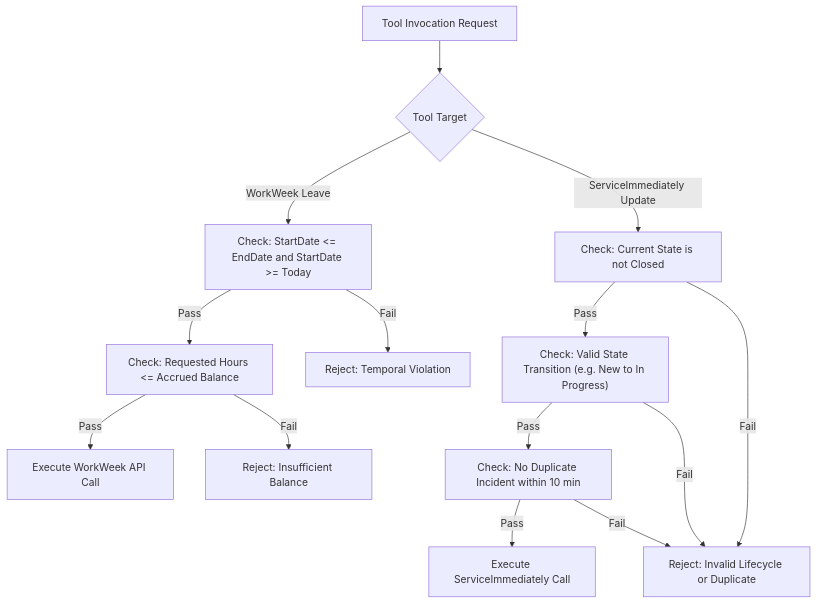
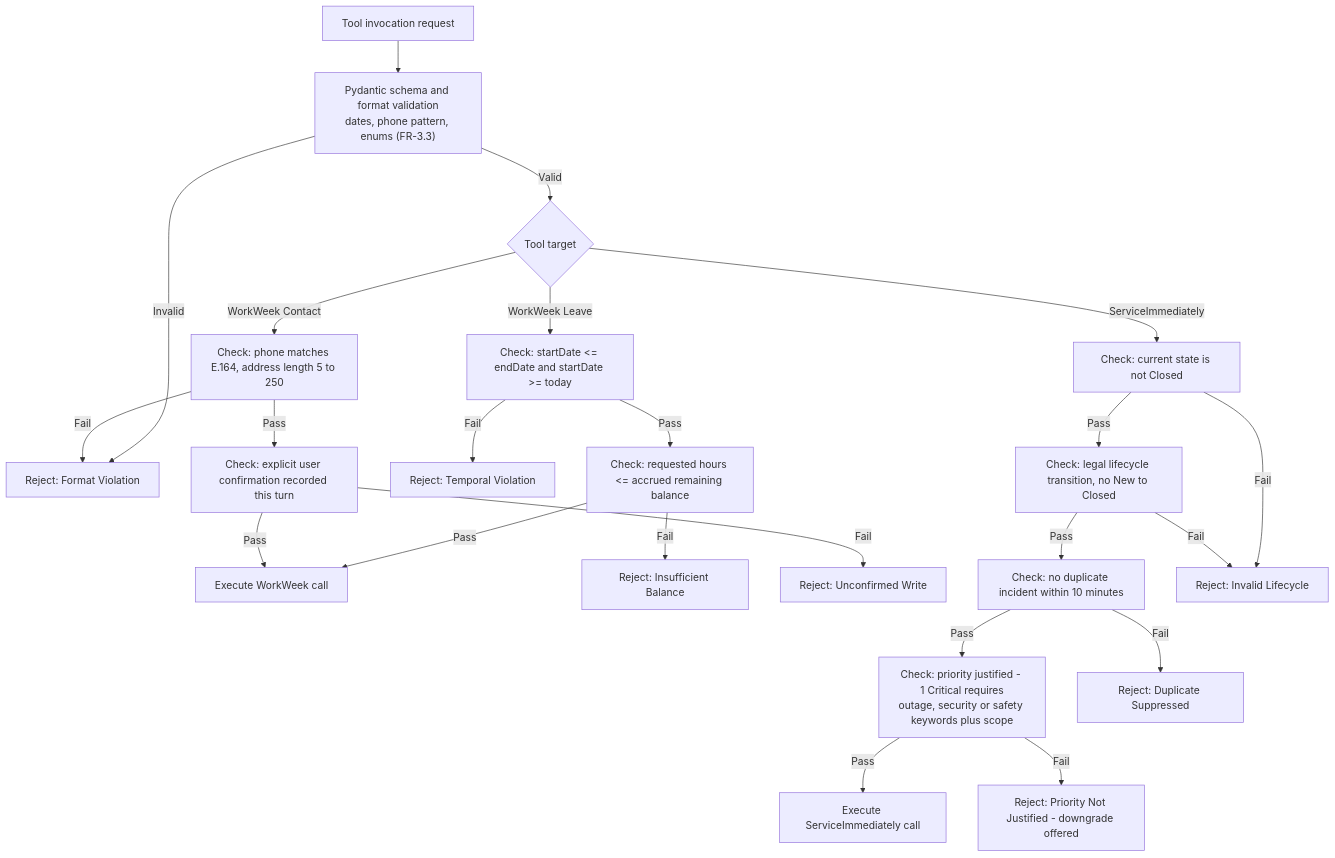
One commit to randyh0329/PRJ-ELEVATE-C1-G5 changed diagram 14 of 19 in Enterprise Agentic Solution Design Document - MVP 1.md. Above: the diagram before and after it, drawn with Mermaid. The commit also changed other lines of this file, not shown here.

````diff
--- a/Enterprise Agentic Solution Design Document - MVP 1.md
+++ b/Enterprise Agentic Solution Design Document - MVP 1.md
@@ -554,18 +1212,28 @@
 ```mermaid
 flowchart TD
-    Req["Tool Invocation Request"] --> CheckType{"Tool Target"}
-    
-    CheckType -->|WorkWeek Leave| C1["Check: StartDate <= EndDate and StartDate >= Today"]
-    C1 -->|Pass| C2["Check: Requested Hours <= Accrued Balance"]
-    C2 -->|Pass| ExecWW["Execute WorkWeek API Call"]
+    Req["Tool invocation request"] --> Schema["Pydantic schema and format validation<br>dates, phone pattern, enums (FR-3.3)"]
+    Schema -->|Invalid| ErrFmt["Reject: Format Violation"]
+    Schema -->|Valid| CheckType{"Tool target"}
+
+    CheckType -->|WorkWeek Leave| C1["Check: startDate <= endDate and startDate >= today"]
+    C1 -->|Pass| C2["Check: requested hours <= accrued remaining balance"]
+    C2 -->|Pass| ExecWW["Execute WorkWeek call"]
     C1 -->|Fail| Err1["Reject: Temporal Violation"]
     C2 -->|Fail| Err2["Reject: Insufficient Balance"]
-    
-    CheckType -->|ServiceImmediately Update| S1["Check: Current State is not Closed"]
-    S1 -->|Pass| S2["Check: Valid State Transition (e.g. New to In Progress)"]
-    S2 -->|Pass| S3["Check: No Duplicate Incident within 10 min"]
-    S3 -->|Pass| ExecSI["Execute ServiceImmediately Call"]
-    S1 -->|Fail| ErrSI["Reject: Invalid Lifecycle or Duplicate"]
+
+    CheckType -->|WorkWeek Contact| K1["Check: phone matches E.164, address length 5 to 250"]
+    K1 -->|Pass| K2["Check: explicit user confirmation recorded this turn"]
+    K2 -->|Pass| ExecWW
+    K1 -->|Fail| ErrFmt
+    K2 -->|Fail| ErrConfirm["Reject: Unconfirmed Write"]
+
+    CheckType -->|ServiceImmediately| S1["Check: current state is not Closed"]
+    S1 -->|Pass| S2["Check: legal lifecycle transition, no New to Closed"]
+    S2 -->|Pass| S3["Check: no duplicate incident within 10 minutes"]
+    S3 -->|Pass| S4["Check: priority justified - 1 Critical requires<br>outage, security or safety keywords plus scope"]
+    S4 -->|Pass| ExecSI["Execute ServiceImmediately call"]
+    S1 -->|Fail| ErrSI["Reject: Invalid Lifecycle"]
     S2 -->|Fail| ErrSI
-    S3 -->|Fail| ErrSI
+    S3 -->|Fail| ErrDup["Reject: Duplicate Suppressed"]
+    S4 -->|Fail| ErrPri["Reject: Priority Not Justified - downgrade offered"]
 ```
````
